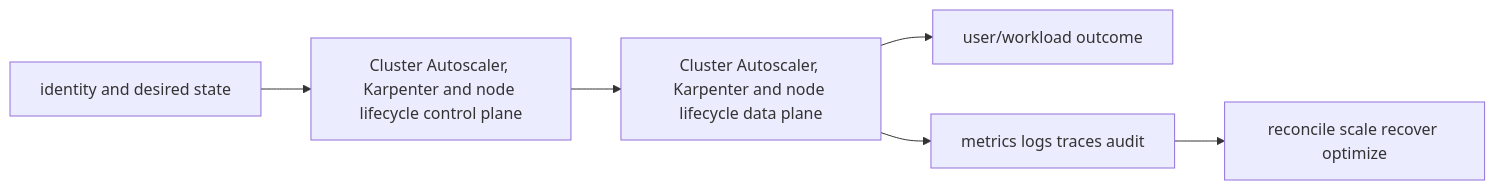
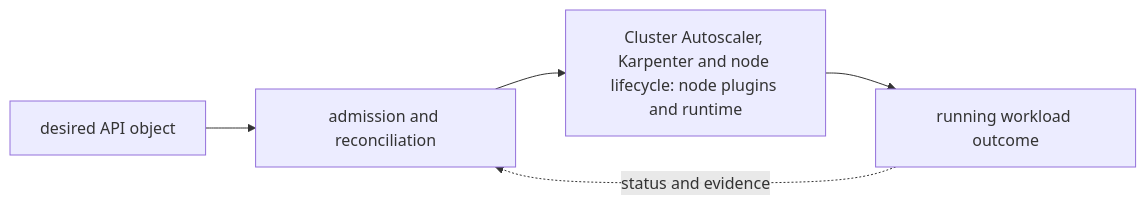
The diagram in 06-kubernetes/06-scheduling-autoscaling/04-node-autoscaling/README.md (tomkidumbuyo/DevOps-interview-preparation), drawn with Mermaid before and after one commit. The commit also changed other lines of this file and 753 other files, not shown here.

````diff
--- a/06-kubernetes/06-scheduling-autoscaling/04-node-autoscaling/README.md
+++ b/06-kubernetes/06-scheduling-autoscaling/04-node-autoscaling/README.md
@@ -19,8 +31,7 @@
 ```mermaid
 flowchart LR
-  I[identity and desired state] --> C[Cluster Autoscaler, Karpenter and node lifecycle control plane]
-  C --> D[Cluster Autoscaler, Karpenter and node lifecycle data plane]
-  D --> U[user/workload outcome]
-  D --> O[metrics logs traces audit]
-  O --> R[reconcile scale recover optimize]
+  A["desired API object"] --> B["admission and reconciliation"]
+  B --> C["Cluster Autoscaler, Karpenter and node lifecycle: node plugins and runtime"]
+  C --> D["running workload outcome"]
+  D -. "status and evidence" .-> B
 ```
````
